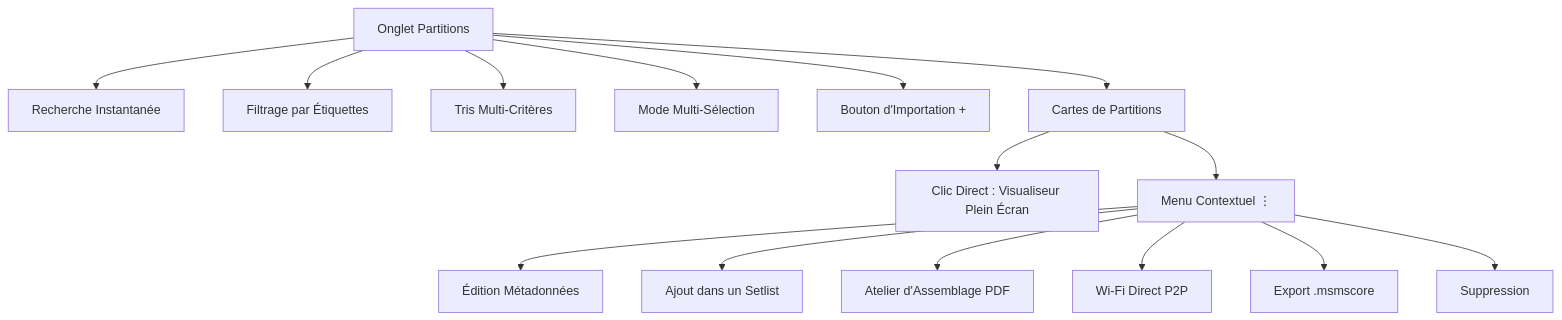
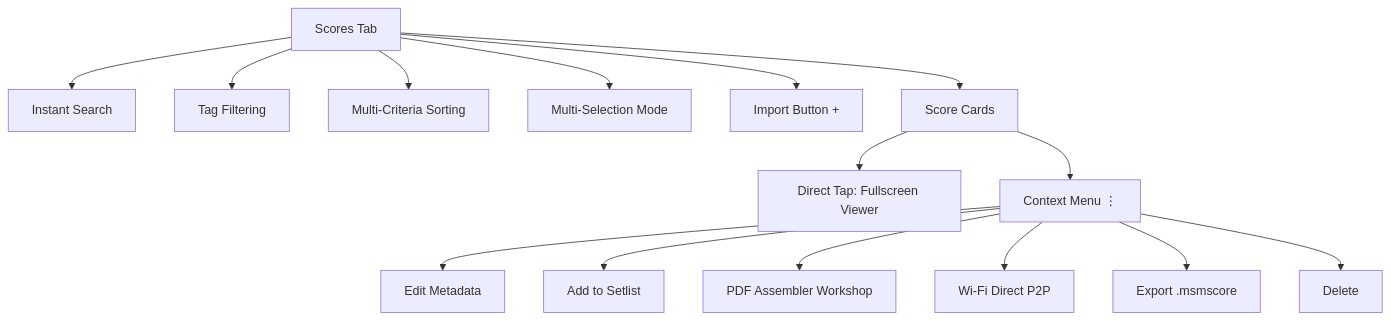
The first of 5 diagrams in README.md (Audiothor/MusicScoreManager), drawn with Mermaid before and after one commit. The commit also changed other lines of this file and 1 other file, not shown here.

````diff
--- a/README.md
+++ b/README.md
@@ -108,17 +113,17 @@
 ```mermaid
 graph TD
-    A[Onglet Partitions] --> B[Recherche Instantanée]
-    A --> C[Filtrage par Étiquettes]
-    A --> D[Tris Multi-Critères]
-    A --> E[Mode Multi-Sélection]
-    A --> F[Bouton d'Importation +]
-    A --> G[Cartes de Partitions]
-    G --> H[Clic Direct : Visualiseur Plein Écran]
-    G --> I[Menu Contextuel ⋮]
-    I --> J[Édition Métadonnées]
-    I --> K[Ajout dans un Setlist]
-    I --> L[Atelier d'Assemblage PDF]
+    A[Scores Tab] --> B[Instant Search]
+    A --> C[Tag Filtering]
+    A --> D[Multi-Criteria Sorting]
+    A --> E[Multi-Selection Mode]
+    A --> F[Import Button +]
+    A --> G[Score Cards]
+    G --> H[Direct Tap: Fullscreen Viewer]
+    G --> I[Context Menu ⋮]
+    I --> J[Edit Metadata]
+    I --> K[Add to Setlist]
+    I --> L[PDF Assembler Workshop]
     I --> M[Wi-Fi Direct P2P]
     I --> N[Export .msmscore]
-    I --> O[Suppression]
+    I --> O[Delete]
 ```
````
